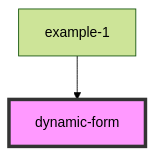
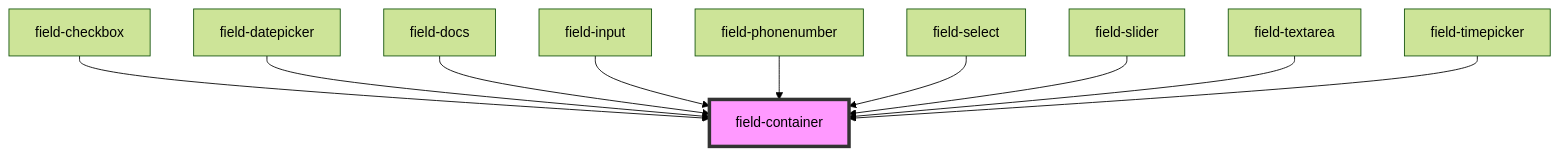
Before and after one commit to sguilly/stencil-formly: the diagram in src/components/dynamic-form/readme.md, drawn with Mermaid (forest theme). The commit also changed other lines of this file and 138 other files, not shown here.

````diff
--- a/src/components/dynamic-form/readme.md
+++ b/src/components/dynamic-form/readme.md
@@ -30,5 +31,13 @@
 ```mermaid
 graph TD;
-  example-1 --> dynamic-form
-  style dynamic-form fill:#f9f,stroke:#333,stroke-width:4px
+  field-checkbox --> field-container
+  field-datepicker --> field-container
+  field-docs --> field-container
+  field-input --> field-container
+  field-phonenumber --> field-container
+  field-select --> field-container
+  field-slider --> field-container
+  field-textarea --> field-container
+  field-timepicker --> field-container
+  style field-container fill:#f9f,stroke:#333,stroke-width:4px
 ```
````
